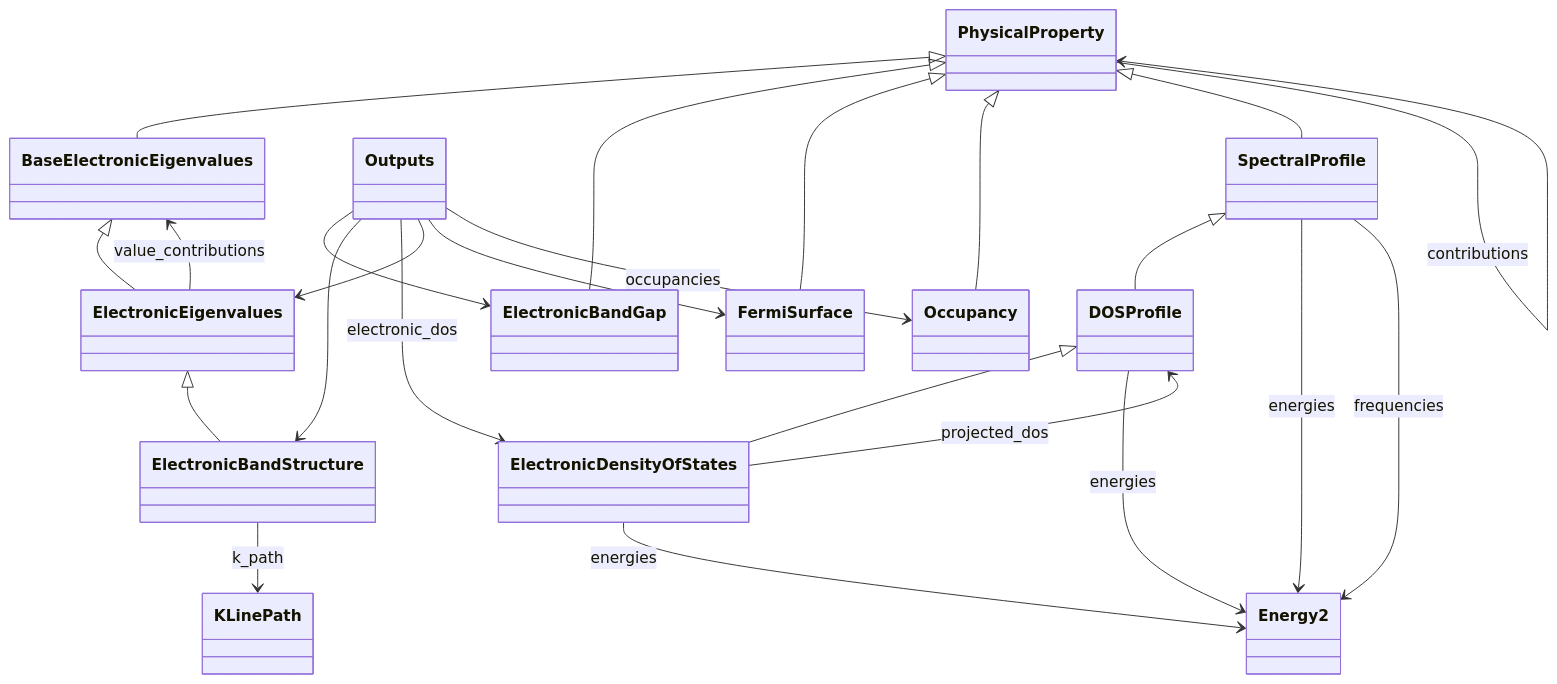
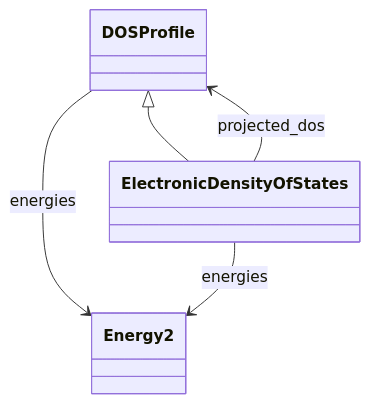
Before and after one commit to FAIRmat-NFDI/nomad-simulations: the second of 5 diagrams in docs/schema/electronic_properties.diagram.md, drawn with Mermaid. The commit also changed other lines of this file and 104 other files, not shown here.

Commit message:
new verticals, new logic for filtering in diagrams, auto docs generation dev docs

````diff
--- a/docs/schema/electronic_properties.diagram.md
+++ b/docs/schema/electronic_properties.diagram.md
@@ -16,52 +39,13 @@
 ```mermaid
 classDiagram
-    class BaseElectronicEigenvalues {
-    }
     class DOSProfile {
-    }
-    class ElectronicBandGap {
-    }
-    class ElectronicBandStructure {
     }
     class ElectronicDensityOfStates {
     }
-    class ElectronicEigenvalues {
-    }
     class Energy2 {
     }
-    class FermiSurface {
-    }
-    class KLinePath {
-    }
-    class Occupancy {
-    }
-    class Outputs {
-    }
-    class PhysicalProperty {
-    }
-    class SpectralProfile {
-    }
-    PhysicalProperty <|-- BaseElectronicEigenvalues
-    SpectralProfile <|-- DOSProfile
-    PhysicalProperty <|-- ElectronicBandGap
-    ElectronicEigenvalues <|-- ElectronicBandStructure
     DOSProfile <|-- ElectronicDensityOfStates
-    BaseElectronicEigenvalues <|-- ElectronicEigenvalues
-    PhysicalProperty <|-- FermiSurface
-    PhysicalProperty <|-- Occupancy
-    PhysicalProperty <|-- SpectralProfile
     DOSProfile --> Energy2 : energies
-    ElectronicBandStructure --> KLinePath : k_path
     ElectronicDensityOfStates --> DOSProfile : projected_dos
     ElectronicDensityOfStates --> Energy2 : energies
-    ElectronicEigenvalues --> BaseElectronicEigenvalues : value_contributions
-    Outputs --> ElectronicBandGap
-    Outputs --> ElectronicBandStructure
-    Outputs --> ElectronicDensityOfStates : electronic_dos
-    Outputs --> ElectronicEigenvalues
-    Outputs --> FermiSurface
-    Outputs --> Occupancy : occupancies
-    PhysicalProperty --> PhysicalProperty : contributions
-    SpectralProfile --> Energy2 : energies
-    SpectralProfile --> Energy2 : frequencies
 ```
````
